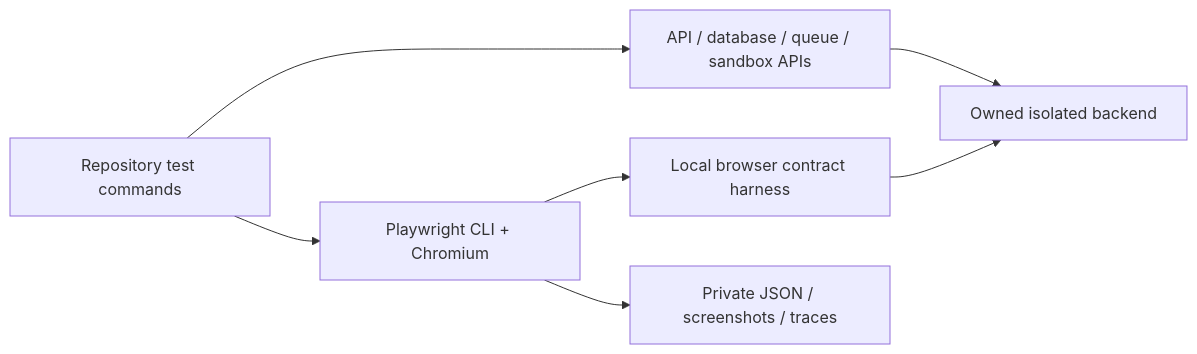
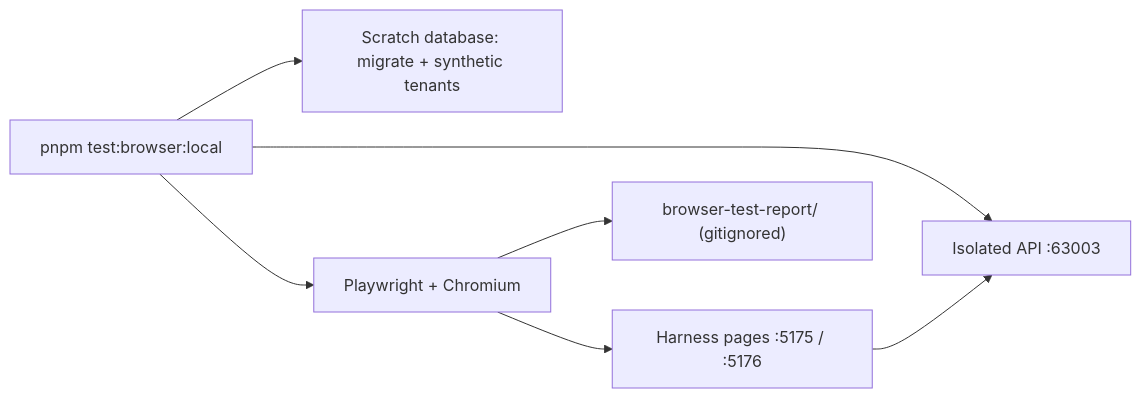
Before and after one commit to albetrios/clinozy-be: the first of 2 diagrams in docs/reference/testing/load-testing.md, drawn with Mermaid. The commit also changed other lines of this file and 17 other files, not shown here.

First line of the commit message:
test: run browser contracts and the Stripe sandbox flow with one command

````diff
--- a/docs/reference/testing/load-testing.md
+++ b/docs/reference/testing/load-testing.md
@@ -44,9 +39,9 @@
 ```mermaid
 flowchart LR
-  commands["Repository test commands"] --> api["API / database / queue / sandbox APIs"]
-  commands --> playwright["Playwright CLI + Chromium"]
-  playwright --> harness["Local browser contract harness"]
-  harness --> backend["Owned isolated backend"]
-  api --> backend
-  playwright --> evidence["Private JSON / screenshots / traces"]
+  runner["pnpm test:browser:local"] --> database["Scratch database: migrate + synthetic tenants"]
+  runner --> api["Isolated API :63003"]
+  runner --> playwright["Playwright + Chromium"]
+  playwright --> harness["Harness pages :5175 / :5176"]
+  harness --> api
+  playwright --> report["browser-test-report/ (gitignored)"]
 ```
````
